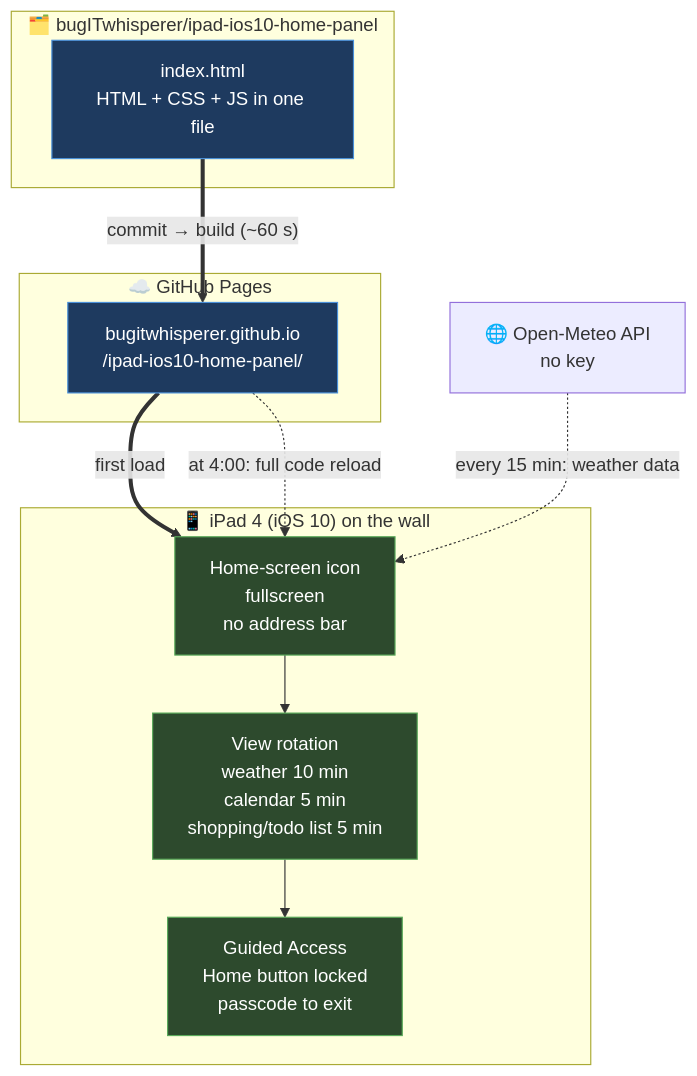
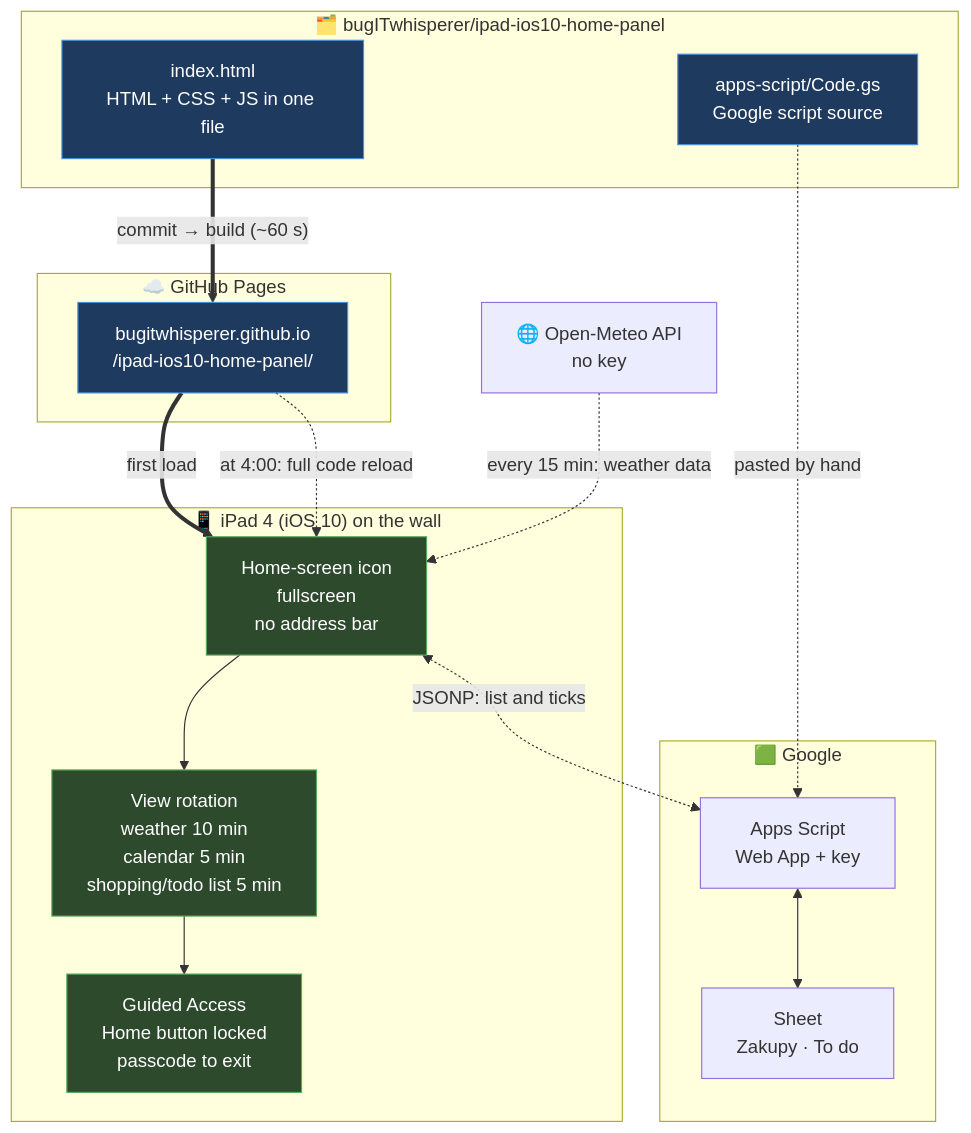
The diagram in README.en.md (bugITwhisperer/ipad-ios10-home-panel), drawn with Mermaid before and after one commit. The commit also changed other lines of this file and 7 other files, not shown here.

Commit message:
chore: struktura projektu - nowe dir ze zmiana nazw plikow apps-script/, health-check/list.html, przycisk Wyczyść, README PL/EN, aktualizacja testow

````diff
--- a/README.en.md
+++ b/README.en.md
@@ -97,29 +155,38 @@
 ```mermaid
 graph TD
     subgraph REPO["🗂️ bugITwhisperer/ipad-ios10-home-panel"]
         HTML["index.html<br/>HTML + CSS + JS in one file"]
+        GS["apps-script/Code.gs<br/>Google script source"]
     end
 
     subgraph PAGES["☁️ GitHub Pages"]
         SITE["bugitwhisperer.github.io<br/>/ipad-ios10-home-panel/"]
     end
 
     subgraph IPAD["📱 iPad 4 (iOS 10) on the wall"]
         ICON["Home-screen icon<br/>fullscreen<br/>no address bar"]
         ROT["View rotation<br/>weather 10 min<br/>calendar 5 min<br/>shopping/todo list 5 min"]
         GUIDED["Guided Access<br/>Home button locked<br/>passcode to exit"]
         ICON --> ROT --> GUIDED
     end
 
     API["🌐 Open-Meteo API<br/>no key"]
 
+    subgraph GOOGLE["🟩 Google"]
+        SCRIPT["Apps Script<br/>Web App + key"]
+        SHEET["Sheet<br/>Zakupy · To do"]
+        SCRIPT <--> SHEET
+    end
+
     HTML == "commit → build (~60 s)" ==> SITE
     SITE == "first load" ==> ICON
     API -. "every 15 min: weather data" .-> ICON
     SITE -. "at 4:00: full code reload" .-> ICON
+    ICON <-. "JSONP: list and ticks" .-> SCRIPT
+    GS -. "pasted by hand" .-> SCRIPT
 
     classDef repo fill:#1e3a5f,stroke:#4a90d9,color:#fff
     classDef dev fill:#2d4a2d,stroke:#5aaa5a,color:#fff
-    class HTML,SITE repo
+    class HTML,SITE,GS repo
     class ICON,ROT,GUIDED dev
 ```
````
